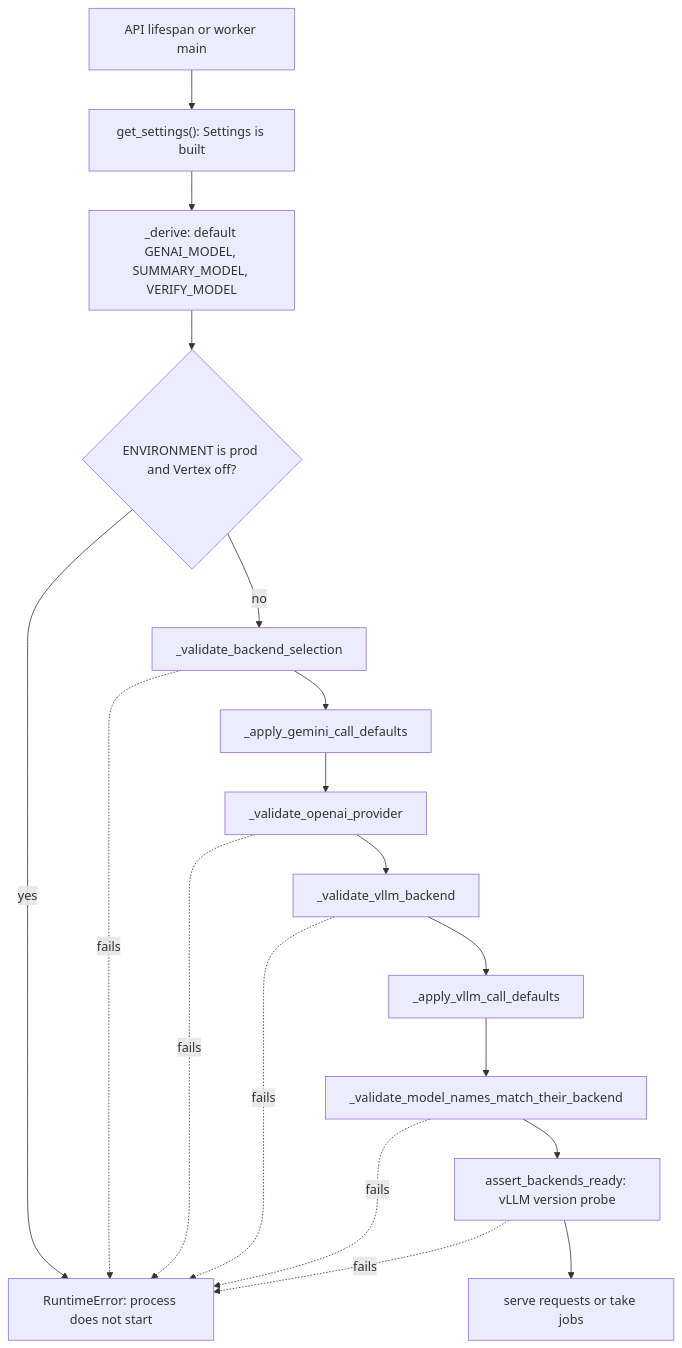
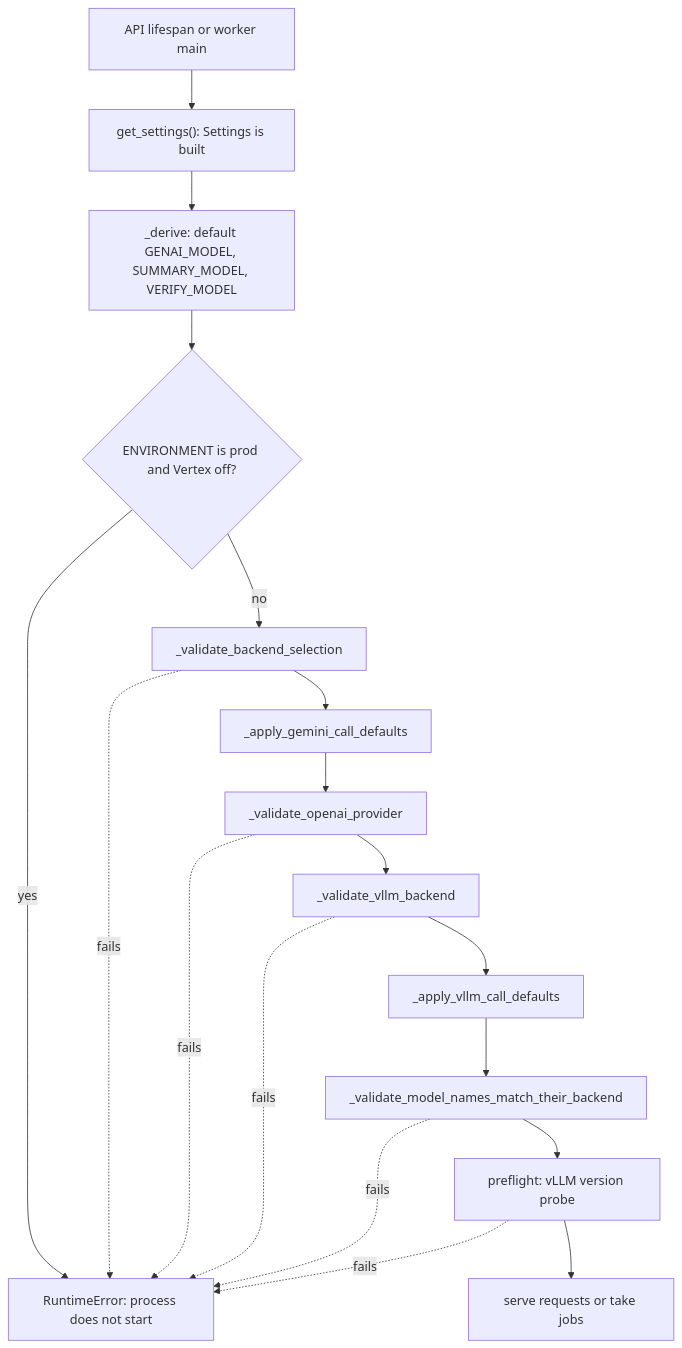
The fourth of 4 diagrams in docs/explanation/model-providers.md (gesco-healthcare-support/ai-medical-record-review), drawn with Mermaid before and after one commit. The commit also changed other lines of this file and 19 other files, not shown here.

````diff
--- a/docs/explanation/model-providers.md
+++ b/docs/explanation/model-providers.md
@@ -410,20 +411,20 @@
 ```mermaid
 flowchart TD
     A["API lifespan or worker main"] --> B["get_settings(): Settings is built"]
     B --> C["_derive: default GENAI_MODEL, SUMMARY_MODEL, VERIFY_MODEL"]
     C --> D{"ENVIRONMENT is prod and Vertex off?"}
     D -->|yes| X["RuntimeError: process does not start"]
     D -->|no| E["_validate_backend_selection"]
     E --> F["_apply_gemini_call_defaults"]
     F --> G["_validate_openai_provider"]
     G --> H["_validate_vllm_backend"]
     H --> I["_apply_vllm_call_defaults"]
     I --> J["_validate_model_names_match_their_backend"]
-    J --> K["assert_backends_ready: vLLM version probe"]
+    J --> K["preflight: vLLM version probe"]
     K --> L["serve requests or take jobs"]
     E -.->|fails| X
     G -.->|fails| X
     H -.->|fails| X
     J -.->|fails| X
     K -.->|fails| X
 ```
````
